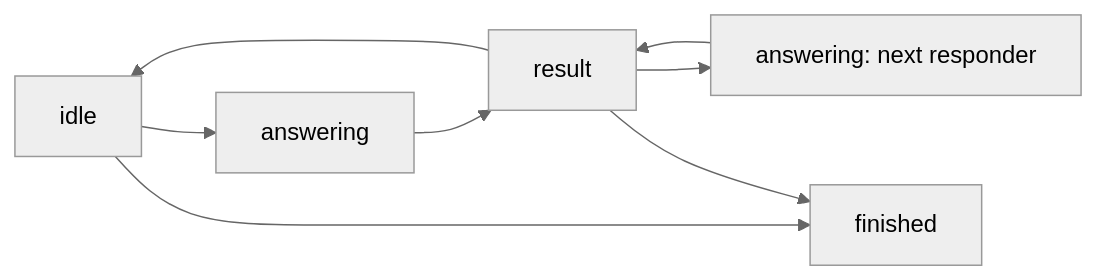
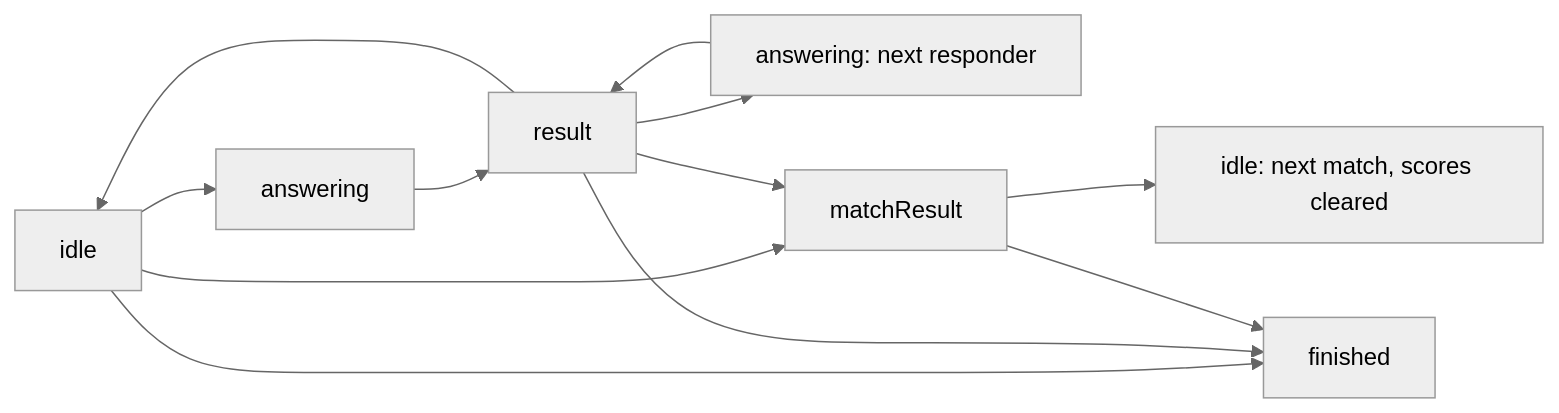
One commit to shuto410/quiz-world changed the second of 3 diagrams in docs/design.md. Above: the diagram before and after it, drawn with Mermaid (neutral theme). The commit also changed other lines of this file and 54 other files, not shown here.

````diff
--- a/docs/design.md
+++ b/docs/design.md
@@ -251,10 +252,14 @@
 ```mermaid
 flowchart LR
   idle["idle"] --> answering["answering"]
   answering --> result["result"]
   result --> answering2["answering: next responder"]
   answering2 --> result
   result --> idle
+  idle --> matchResult["matchResult"]
+  result --> matchResult
+  matchResult --> idle2["idle: next match, scores cleared"]
   idle --> finished["finished"]
   result --> finished
+  matchResult --> finished
 ```
````
